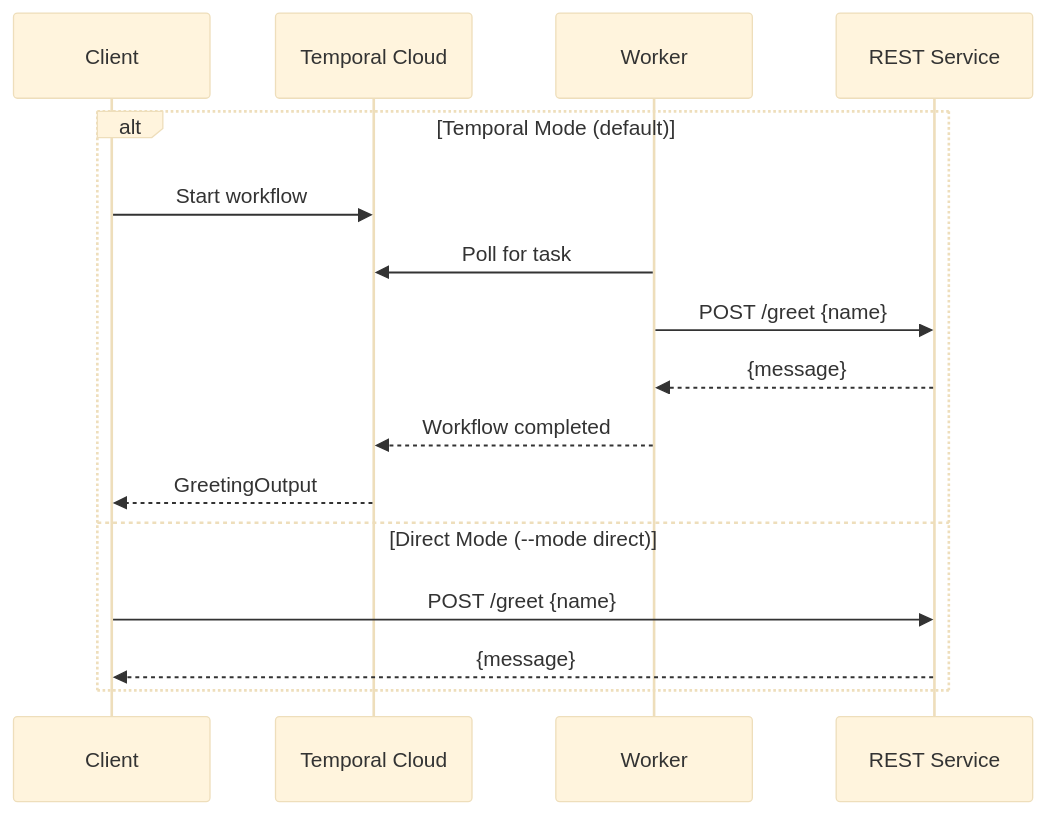
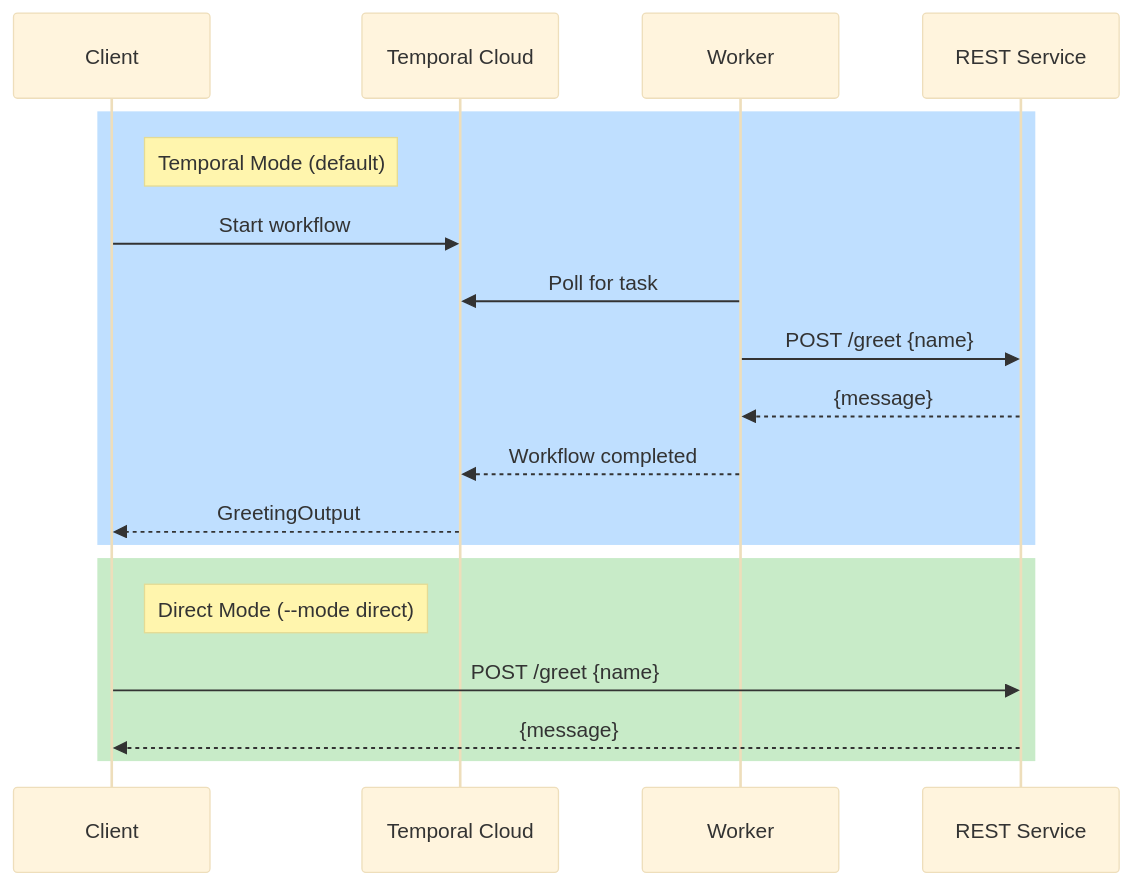
One commit to dustinruehle/api-temporal-shim changed the diagram in README.md. Above: the diagram before and after it, drawn with Mermaid (base theme).

Commit message:
Use colored rect blocks in architecture diagram
Replace alt/else with colored rect blocks for stronger visual
separation between Temporal mode (blue) and Direct mode (green).

````diff
--- a/README.md
+++ b/README.md
@@ -7,19 +7,23 @@
 ```mermaid
 sequenceDiagram
     participant Client
     participant Temporal Cloud
     participant Worker
     participant REST Service
 
-    alt Temporal Mode (default)
-        Client->>Temporal Cloud: Start workflow
-        Worker->>Temporal Cloud: Poll for task
-        Worker->>REST Service: POST /greet {name}
-        REST Service-->>Worker: {message}
-        Worker-->>Temporal Cloud: Workflow completed
-        Temporal Cloud-->>Client: GreetingOutput
-    else Direct Mode (--mode direct)
-        Client->>REST Service: POST /greet {name}
-        REST Service-->>Client: {message}
+    rect rgb(191, 223, 255)
+    Note right of Client: Temporal Mode (default)
+    Client->>Temporal Cloud: Start workflow
+    Worker->>Temporal Cloud: Poll for task
+    Worker->>REST Service: POST /greet {name}
+    REST Service-->>Worker: {message}
+    Worker-->>Temporal Cloud: Workflow completed
+    Temporal Cloud-->>Client: GreetingOutput
+    end
+
+    rect rgb(200, 235, 200)
+    Note right of Client: Direct Mode (--mode direct)
+    Client->>REST Service: POST /greet {name}
+    REST Service-->>Client: {message}
     end
 ```
````
